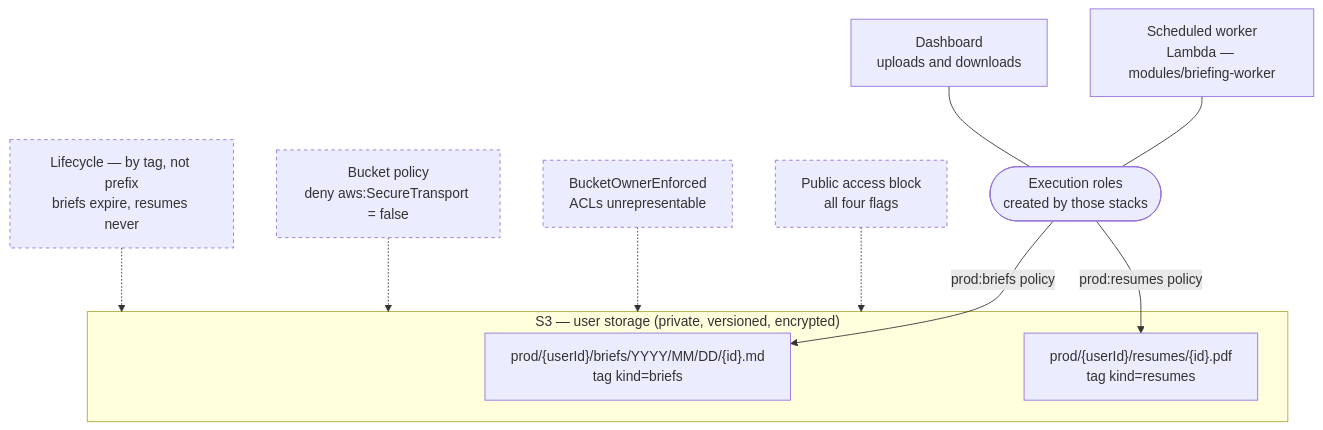
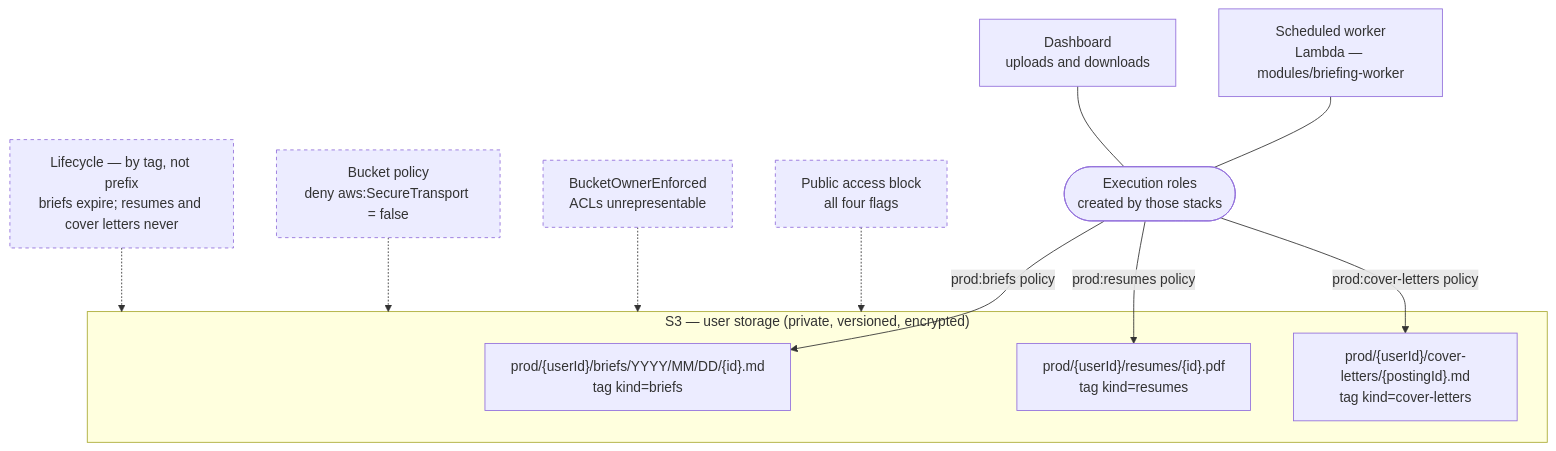
One commit to sunnyeyles/control-panel changed the diagram in infra/aws/README.md. Above: the diagram before and after it, drawn with Mermaid. The commit also changed other lines of this file and 25 other files, not shown here.

First line of the commit message:
Draft and store a cover letter from a Posting

````diff
--- a/infra/aws/README.md
+++ b/infra/aws/README.md
@@ -65,28 +65,30 @@
 ```mermaid
 flowchart TB
   worker["Scheduled worker<br>Lambda — modules/briefing-worker"]
   app["Dashboard<br>uploads and downloads"]
   role(["Execution roles<br>created by those stacks"])
 
   subgraph bucket["S3 — user storage (private, versioned, encrypted)"]
     briefs["prod/{userId}/briefs/YYYY/MM/DD/{id}.md<br>tag kind=briefs"]
     resumes["prod/{userId}/resumes/{id}.pdf<br>tag kind=resumes"]
+    letters["prod/{userId}/cover-letters/{postingId}.md<br>tag kind=cover-letters"]
   end
 
   pab["Public access block<br>all four flags"]
   own["BucketOwnerEnforced<br>ACLs unrepresentable"]
   tls["Bucket policy<br>deny aws:SecureTransport = false"]
-  lc["Lifecycle — by tag, not prefix<br>briefs expire, resumes never"]
+  lc["Lifecycle — by tag, not prefix<br>briefs expire; resumes and cover letters never"]
 
   worker --- role
   app --- role
   role -->|prod:briefs policy| briefs
   role -->|prod:resumes policy| resumes
+  role -->|prod:cover-letters policy| letters
   pab -.-> bucket
   own -.-> bucket
   tls -.-> bucket
   lc -.-> bucket
 
   classDef guard stroke-dasharray:4 4
   class pab,own,tls,lc guard
 ```
````
